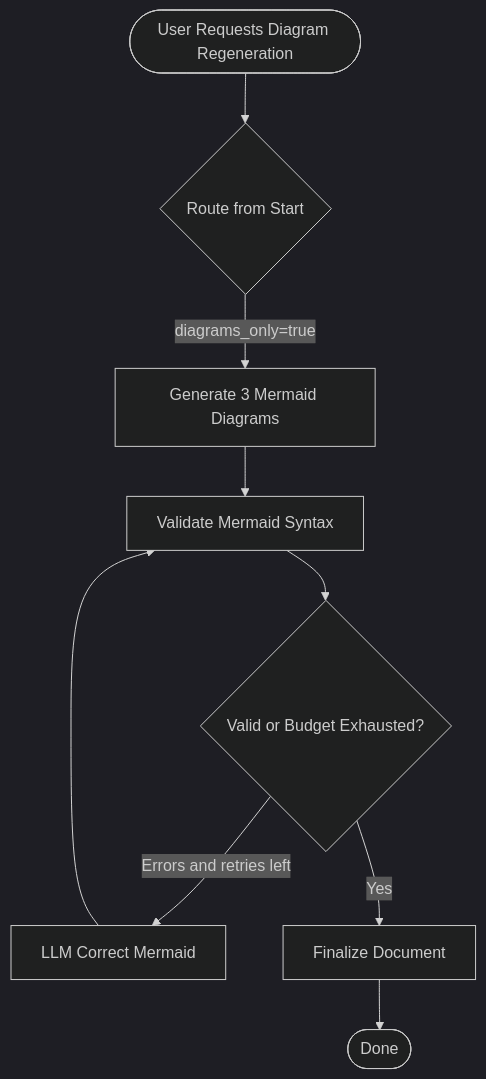
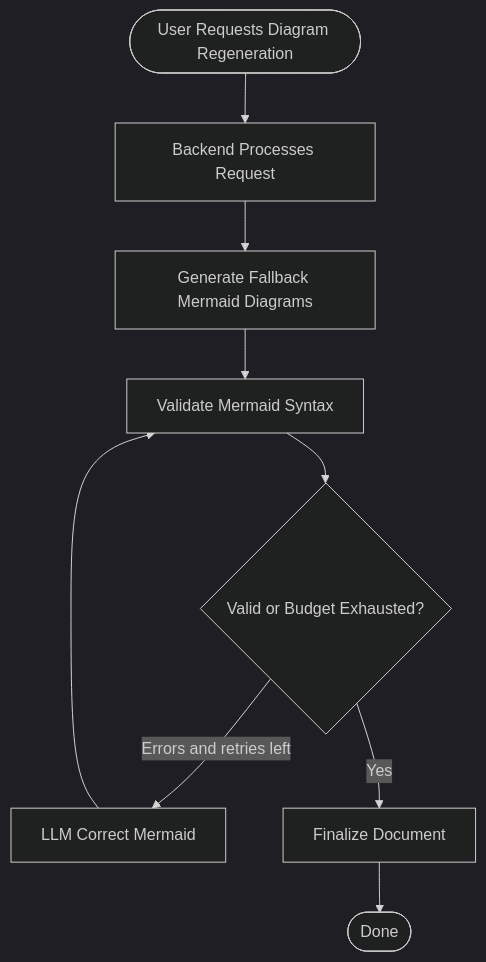
The second of 4 diagrams in documentation/activity_diagram.md (Ta1al/automated-SRS-generator), drawn with Mermaid (dark theme) before and after one commit. The commit also changed other lines of this file and 5 other files, not shown here.

First line of the commit message:
Enhance documentation with updated data flow diagrams, design document, ER diagram, and new use case diagram

````diff
--- a/documentation/activity_diagram.md
+++ b/documentation/activity_diagram.md
@@ -73,11 +79,11 @@
 ```mermaid
 flowchart TD
-    Start([User Requests Diagram Regeneration]) --> RouteStart{Route from Start}
-    RouteStart -->|diagrams_only=true| GenMermaid[Generate 3 Mermaid Diagrams]
+    Start([User Requests Diagram Regeneration]) --> B[Backend Processes Request]
+    B --> GenMermaid[Generate Fallback Mermaid Diagrams]
     GenMermaid --> Validate[Validate Mermaid Syntax]
     Validate --> Decision{Valid or Budget Exhausted?}
     Decision -->|Errors and retries left| Correct[LLM Correct Mermaid]
     Correct --> Validate
     Decision -->|Yes| Finalize[Finalize Document]
     Finalize --> End([Done])
 ```
````
